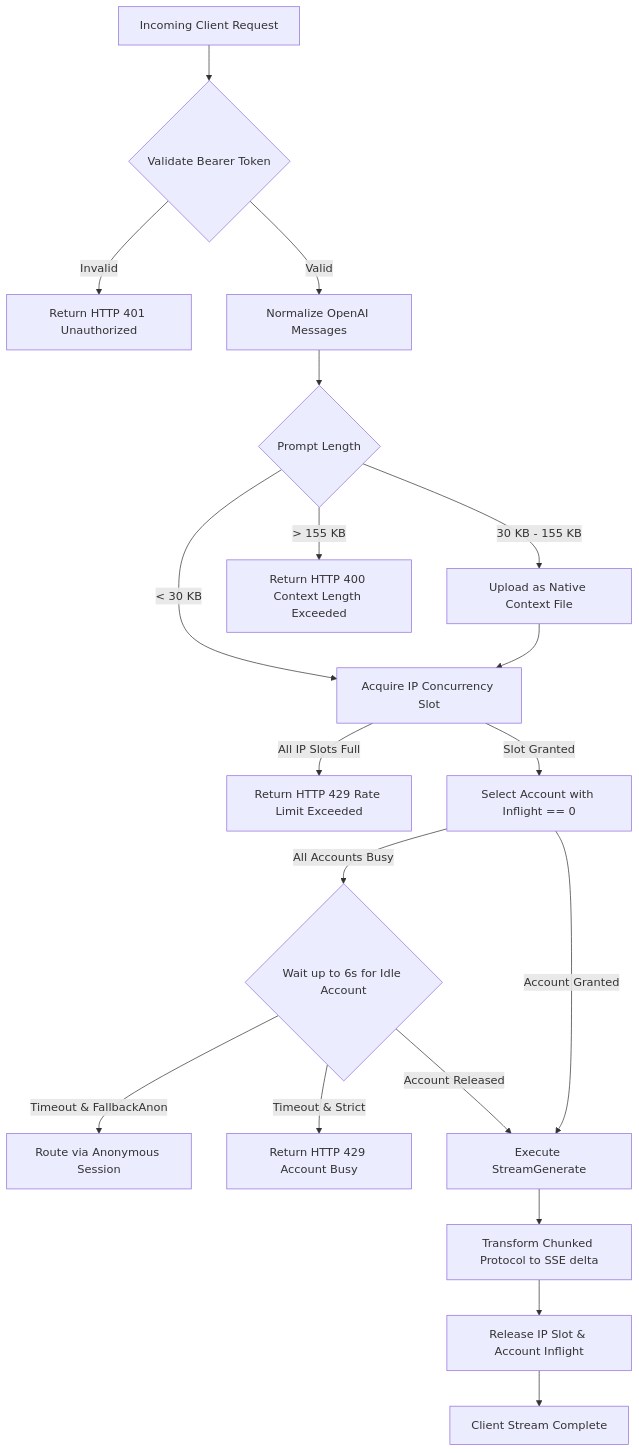
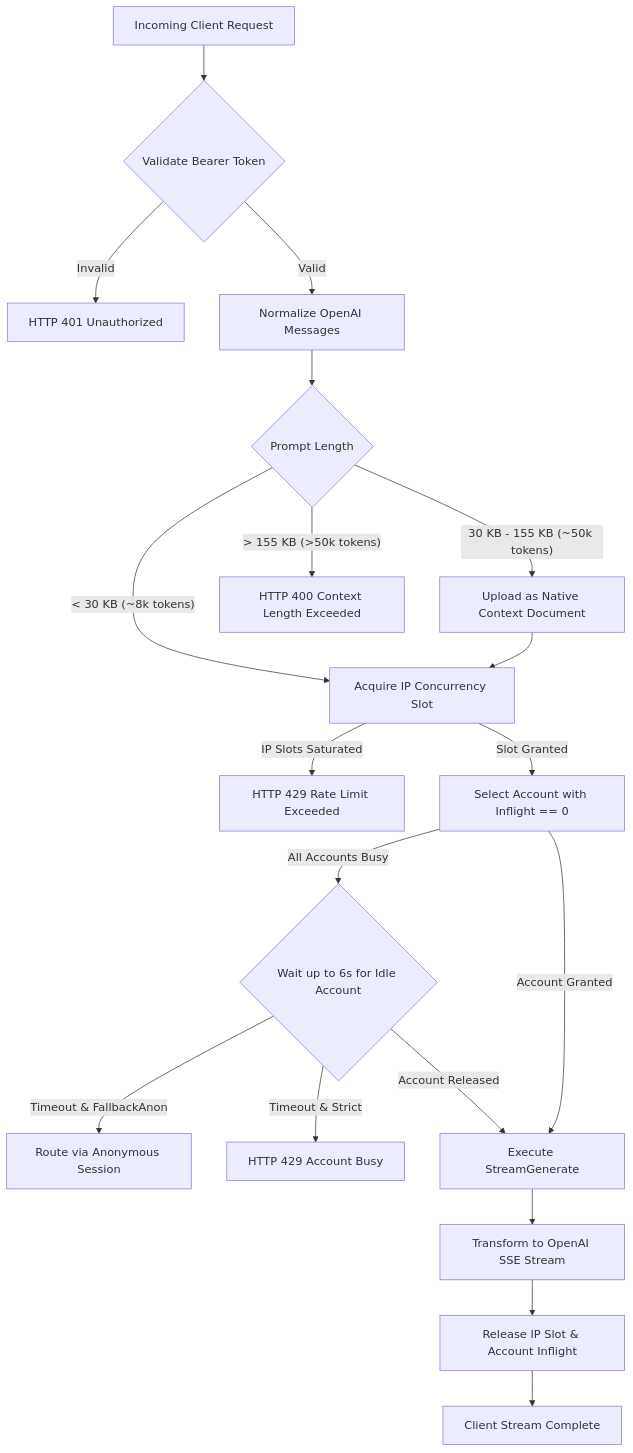
Before and after one commit to ab410010066-byte/gemini-free-api: the first of 2 diagrams in README.md, drawn with Mermaid. The commit also changed other lines of this file and 3 other files, not shown here.

Commit message:
docs: align with high-star open-source conventions, specify 50k token context specifications, and sanitize internal references

````diff
--- a/README.md
+++ b/README.md
@@ -50,24 +74,24 @@
 ```mermaid
 flowchart TD
     Req[Incoming Client Request] --> Auth{Validate Bearer Token}
-    Auth -- Invalid --> E401[Return HTTP 401 Unauthorized]
+    Auth -- Invalid --> E401[HTTP 401 Unauthorized]
     Auth -- Valid --> Ingest[Normalize OpenAI Messages]
     
     Ingest --> LengthCheck{Prompt Length}
-    LengthCheck -- "< 30 KB" --> InflightSlot[Acquire IP Concurrency Slot]
-    LengthCheck -- "30 KB - 155 KB" --> MakeDoc[Upload as Native Context File] --> InflightSlot
-    LengthCheck -- "> 155 KB" --> E400[Return HTTP 400 Context Length Exceeded]
+    LengthCheck -- "< 30 KB (~8k tokens)" --> InflightSlot[Acquire IP Concurrency Slot]
+    LengthCheck -- "30 KB - 155 KB (~50k tokens)" --> MakeDoc[Upload as Native Context Document] --> InflightSlot
+    LengthCheck -- "> 155 KB (>50k tokens)" --> E400[HTTP 400 Context Length Exceeded]
     
-    InflightSlot -- All IP Slots Full --> E429IP[Return HTTP 429 Rate Limit Exceeded]
+    InflightSlot -- IP Slots Saturated --> E429IP[HTTP 429 Rate Limit Exceeded]
     InflightSlot -- Slot Granted --> AcctSelect[Select Account with Inflight == 0]
     
     AcctSelect -- All Accounts Busy --> WaitAcct{Wait up to 6s for Idle Account}
     WaitAcct -- Timeout & FallbackAnon --> AnonReq[Route via Anonymous Session]
-    WaitAcct -- Timeout & Strict --> E429Acct[Return HTTP 429 Account Busy]
+    WaitAcct -- Timeout & Strict --> E429Acct[HTTP 429 Account Busy]
     WaitAcct -- Account Released --> ExecReq[Execute StreamGenerate]
     AcctSelect -- Account Granted --> ExecReq
     
-    ExecReq --> SSETrans[Transform Chunked Protocol to SSE delta]
+    ExecReq --> SSETrans[Transform to OpenAI SSE Stream]
     SSETrans --> RelSlot[Release IP Slot & Account Inflight]
     RelSlot --> ClientEnd[Client Stream Complete]
 ```
````
